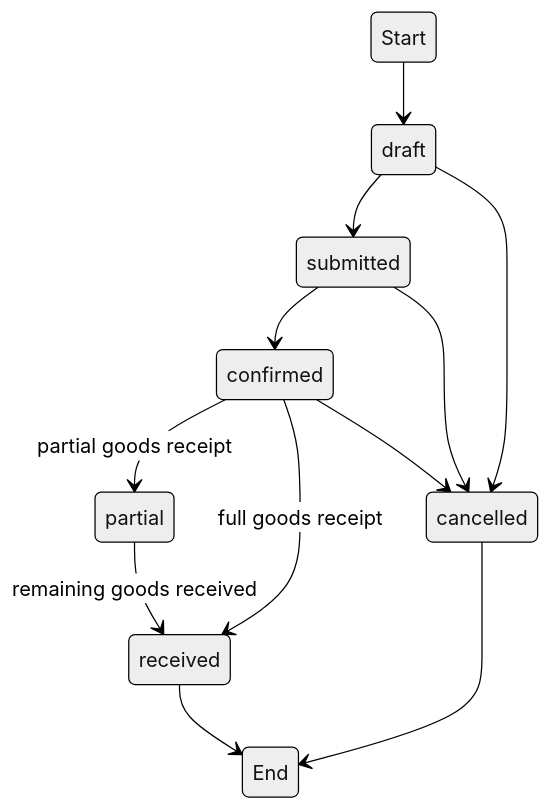
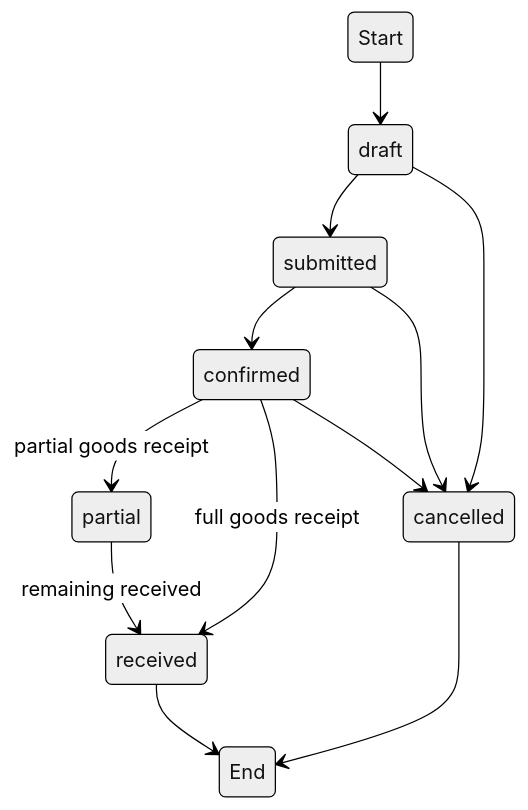
One commit to justinesestina/dream-pc-pos changed the ninth of 13 diagrams in docs/DPC-NEXUS-SUPABASE-DATABASE-ARCHITECTURE.md. Above: the diagram before and after it, drawn with Mermaid (neutral theme). The commit also changed other lines of this file and 266 other files, not shown here.

````diff
--- a/docs/DPC-NEXUS-SUPABASE-DATABASE-ARCHITECTURE.md
+++ b/docs/DPC-NEXUS-SUPABASE-DATABASE-ARCHITECTURE.md
@@ -1059,14 +1052,14 @@
 ```mermaid
 stateDiagram-v2
     Start --> draft
     draft --> submitted
     submitted --> confirmed
     confirmed --> partial: partial goods receipt
     confirmed --> received: full goods receipt
-    partial --> received: remaining goods received
+    partial --> received: remaining received
     draft --> cancelled
     submitted --> cancelled
     confirmed --> cancelled
     received --> End
     cancelled --> End
 ```
````
